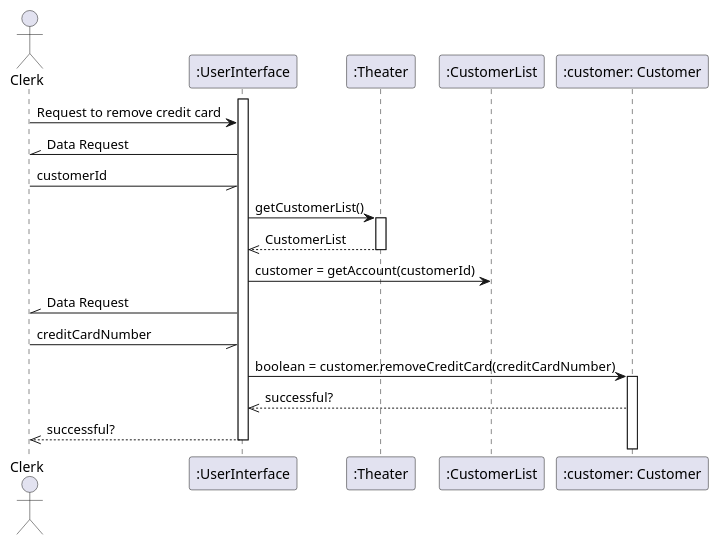
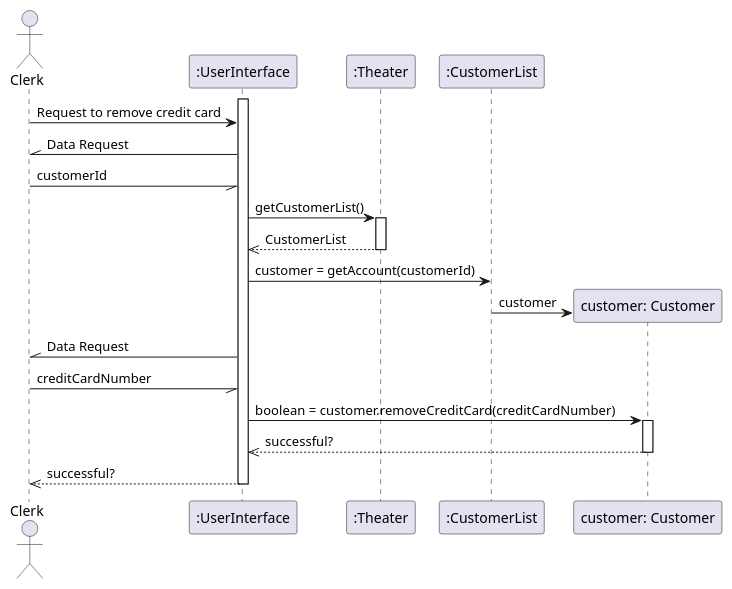
Before and after one commit to FreezeWarp/372Groupwork: the diagram in src/SequenceDiagrams/RemoveCreditCard.pu, drawn with PlantUML. The commit also changed 9 other files, not shown here.

Commit message:
Some sequence diagram fixes

```diff
--- a/src/SequenceDiagrams/RemoveCreditCard.pu
+++ b/src/SequenceDiagrams/RemoveCreditCard.pu
@@ -1,22 +1,25 @@
 @startuml
 actor Clerk
 
 activate ":UserInterface"
 Clerk -> ":UserInterface" : Request to remove credit card
 Clerk //- ":UserInterface": Data Request
 Clerk -// ":UserInterface": customerId
 
 ":UserInterface" -> ":Theater" : getCustomerList()
 activate ":Theater"
 ":Theater" -->> ":UserInterface": CustomerList
 deactivate ":Theater"
 ":UserInterface" -> ":CustomerList": customer = getAccount(customerId)
+create "customer: Customer"
+":CustomerList" -> "customer: Customer": customer
 Clerk //- ":UserInterface": Data Request
 Clerk -// ":UserInterface": creditCardNumber
-":UserInterface" -> ":customer: Customer" : boolean = customer.removeCreditCard(creditCardNumber)
-activate ":customer: Customer"
-":customer: Customer" -->> ":UserInterface" : successful?
+":UserInterface" -> "customer: Customer" : boolean = customer.removeCreditCard(creditCardNumber)
+activate "customer: Customer"
+"customer: Customer" -->> ":UserInterface" : successful?
+deactivate "customer: Customer"
 deactivate ":CustomerList"
 ":UserInterface" -->> Clerk : successful?
 deactivate ":UserInterface"
 @enduml
```
